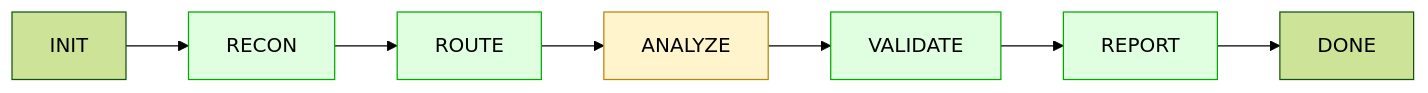
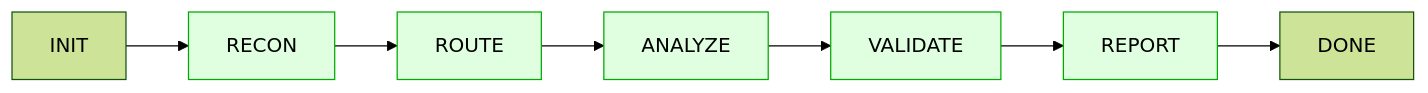
Before and after one commit to Hacklipse/LASP_2026: the second of 3 diagrams in IMPLEMENTATION_PLAN.md, drawn with Mermaid (forest theme). The commit also changed other lines of this file, not shown here.

````diff
--- a/IMPLEMENTATION_PLAN.md
+++ b/IMPLEMENTATION_PLAN.md
@@ -98,9 +123,9 @@
 ```mermaid
 flowchart LR
     INIT --> RECON --> ROUTE --> ANALYZE --> VALIDATE --> REPORT --> DONE
     style RECON fill:#e0ffe0,stroke:#0a0
-    style ANALYZE fill:#fff4cc,stroke:#b8860b
+    style ANALYZE fill:#e0ffe0,stroke:#0a0
     style VALIDATE fill:#e0ffe0,stroke:#0a0
     style ROUTE fill:#e0ffe0,stroke:#0a0
     style REPORT fill:#e0ffe0,stroke:#0a0
 ```
````
